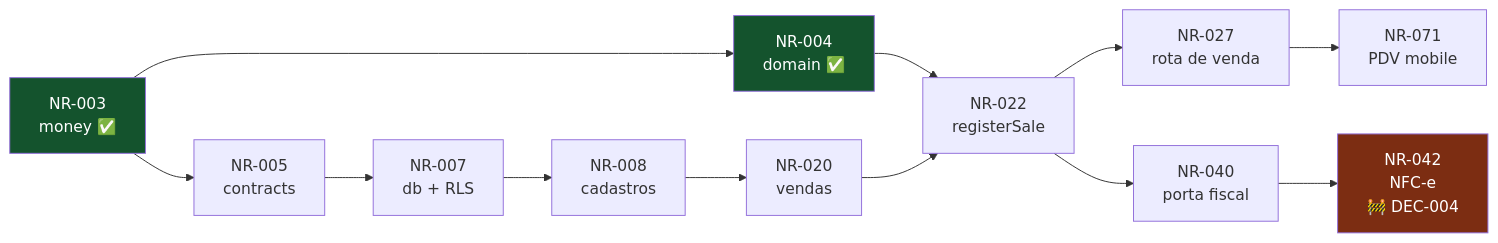
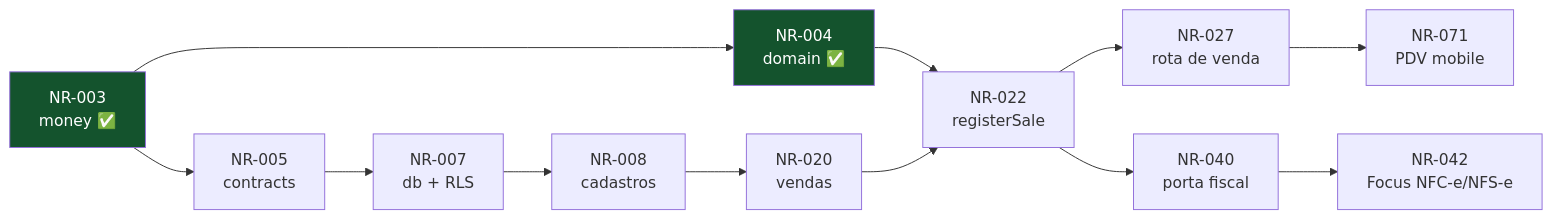
The diagram in docs/processo/task-ledger.md (glevi2004/na-regua), drawn with Mermaid before and after one commit. The commit also changed other lines of this file and 73 other files, not shown here.

First line of the commit message:
feat(db): materializar schema enxuto com rls e satelites de integracao

````diff
--- a/docs/processo/task-ledger.md
+++ b/docs/processo/task-ledger.md
@@ -154,18 +164,17 @@
 ```mermaid
 flowchart LR
     N3["NR-003<br/>money ✅"] --> N4["NR-004<br/>domain ✅"]
     N3 --> N5["NR-005<br/>contracts"]
     N5 --> N7["NR-007<br/>db + RLS"]
     N7 --> N8["NR-008<br/>cadastros"]
     N8 --> N20["NR-020<br/>vendas"]
     N4 --> N22
     N20 --> N22["NR-022<br/>registerSale"]
     N22 --> N27["NR-027<br/>rota de venda"]
     N27 --> N71["NR-071<br/>PDV mobile"]
     N22 --> N40["NR-040<br/>porta fiscal"]
-    N40 --> N42["NR-042<br/>NFC-e<br/>🚧 DEC-004"]
+    N40 --> N42["NR-042<br/>Focus NFC-e/NFS-e"]
 
-    style N42 fill:#7c2d12,color:#fff
     style N3 fill:#14532d,color:#fff
     style N4 fill:#14532d,color:#fff
 ```
````
